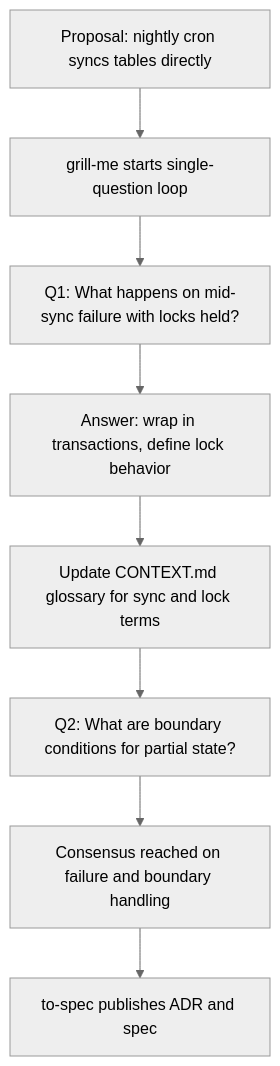
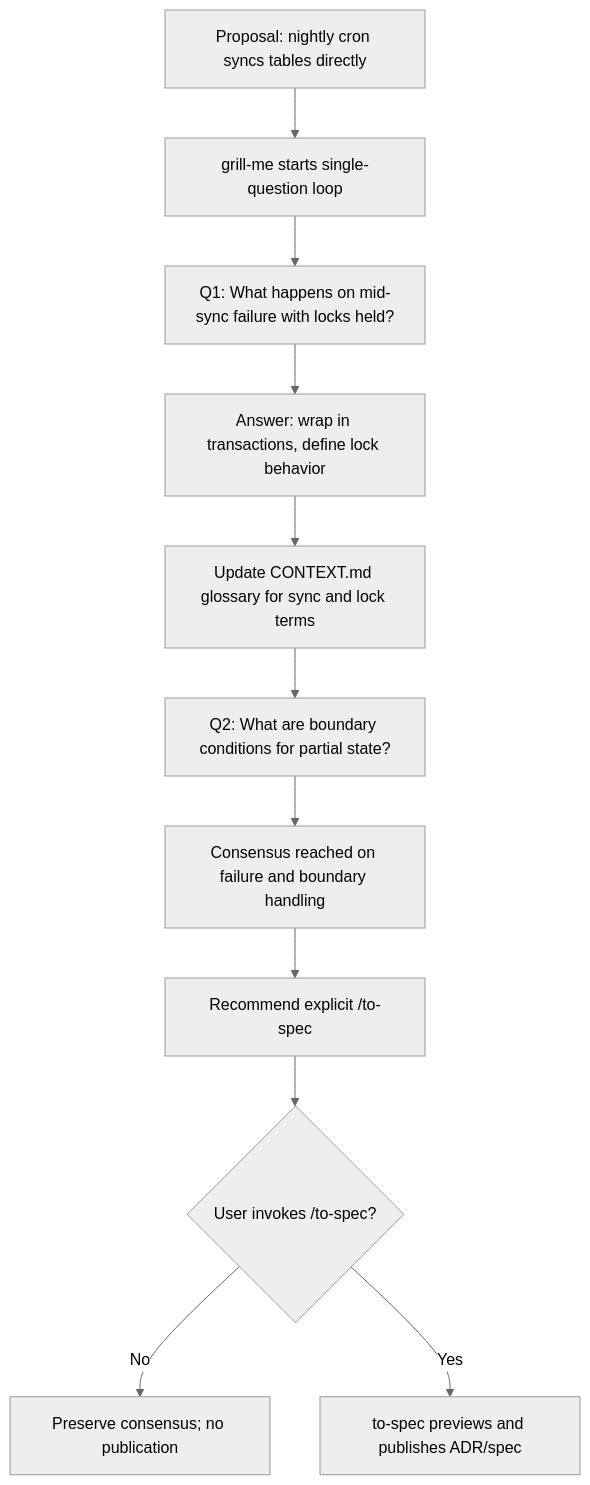
Before and after one commit to dyphn1/Harness-everything: the third of 3 diagrams in docs/workflows/grill-me.md, drawn with Mermaid (neutral theme). The commit also changed other lines of this file, not shown here.

Commit message:
docs(grill): gate to-spec on explicit invocation

````diff
--- a/docs/workflows/grill-me.md
+++ b/docs/workflows/grill-me.md
@@ -37,10 +41,13 @@
 ```mermaid
 graph TD
   CronProposal["Proposal: nightly cron syncs tables directly"] --> GrillStart["grill-me starts single-question loop"]
   GrillStart --> Q1["Q1: What happens on mid-sync failure with locks held?"]
   Q1 --> A1["Answer: wrap in transactions, define lock behavior"]
   A1 --> Glossary1["Update CONTEXT.md glossary for sync and lock terms"]
   Glossary1 --> Q2["Q2: What are boundary conditions for partial state?"]
   Q2 --> Consensus["Consensus reached on failure and boundary handling"]
-  Consensus --> SpecHandoff["to-spec publishes ADR and spec"]
+  Consensus --> Recommend["Recommend explicit /to-spec"]
+  Recommend --> UserInvoke{"User invokes /to-spec?"}
+  UserInvoke -->|No| End["Preserve consensus; no publication"]
+  UserInvoke -->|Yes| Spec["to-spec previews and publishes ADR/spec"]
 ```
````
